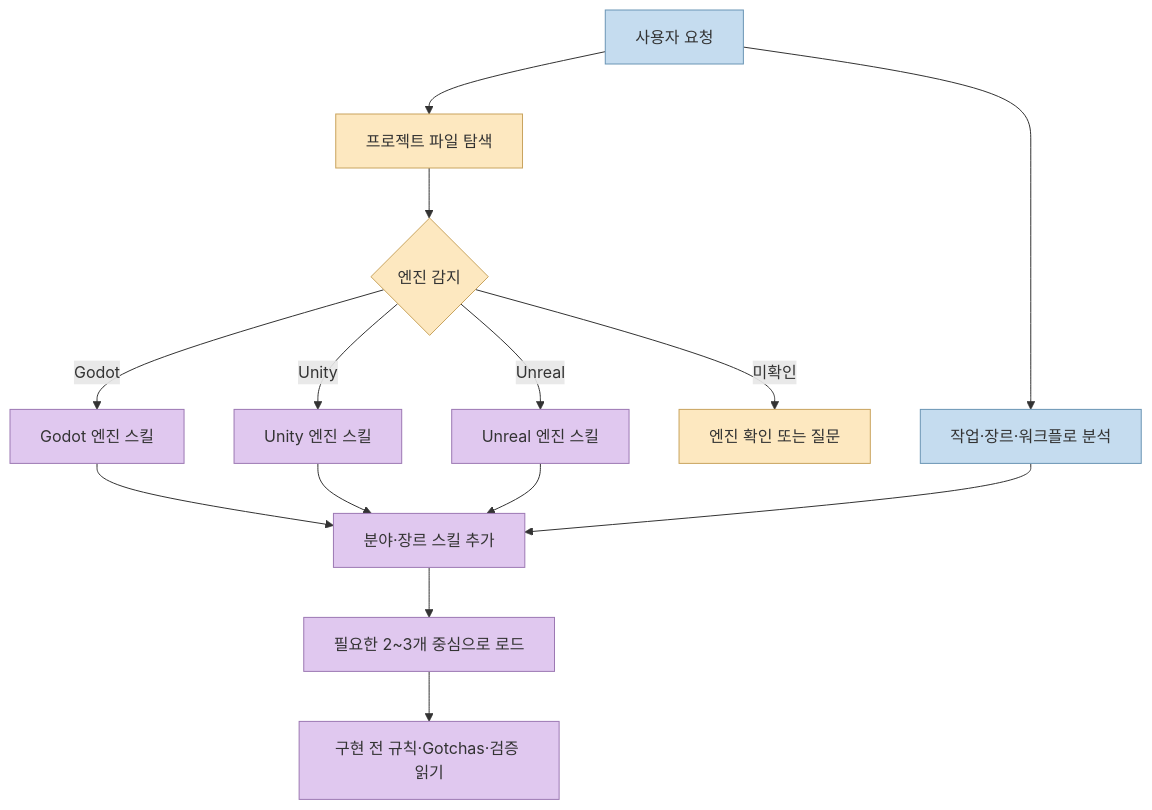
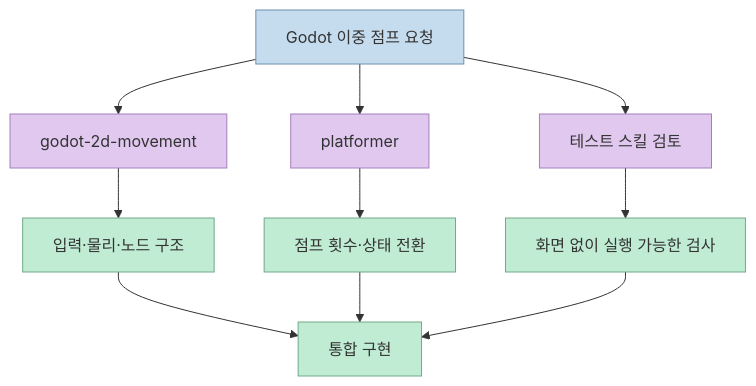
One commit to gyuha/game-dev changed the third of 6 diagrams in src/content/blog/resources/2026/11/awesome-gamedev-agent-skills-router.md. Above: the diagram before and after it, drawn with Mermaid. The commit also changed other lines of this file and 3 other files, not shown here.

````diff
--- a/src/content/blog/resources/2026/11/awesome-gamedev-agent-skills-router.md
+++ b/src/content/blog/resources/2026/11/awesome-gamedev-agent-skills-router.md
@@ -80,23 +94,18 @@
 ```mermaid
 flowchart TD
-    A[사용자 요청] --> B[프로젝트 파일 탐색]
-    B --> C{엔진 감지}
-    C -->|Godot| D[Godot 엔진 스킬]
-    C -->|Unity| E[Unity 엔진 스킬]
-    C -->|Unreal| F[Unreal 엔진 스킬]
-    C -->|미확인| G[엔진 확인 또는 질문]
-    A --> H[작업·장르·워크플로 분석]
-    D --> I[분야·장르 스킬 추가]
-    E --> I
-    F --> I
-    H --> I
-    I --> J[필요한 2~3개 중심으로 로드]
-    J --> K[구현 전 규칙·Gotchas·검증 읽기]
-    classDef inputTone fill:#c5dcef,stroke:#6b95b5,color:#333
-    classDef detectTone fill:#fde8c0,stroke:#c9a45e,color:#333
-    classDef skillTone fill:#e0c8ef,stroke:#9c78b3,color:#333
+    A[Godot 이중 점프 요청] --> B[godot-2d-movement]
+    A --> C[platformer]
+    A --> D[테스트 스킬 검토]
+    B --> E[입력·물리·노드 구조]
+    C --> F[점프 횟수·상태 전환]
+    D --> G[화면 없이 실행 가능한 검사]
+    E --> H[통합 구현]
+    F --> H
+    G --> H
+    classDef requestTone fill:#c5dcef,stroke:#6d90ad,color:#333
+    classDef skillTone fill:#e0c8ef,stroke:#a57ebd,color:#333
     classDef resultTone fill:#c0ecd3,stroke:#70a98b,color:#333
-    class A,H inputTone
-    class B,C,G detectTone
-    class D,E,F,I,J,K skillTone
+    class A requestTone
+    class B,C,D skillTone
+    class E,F,G,H resultTone
 ```
````
